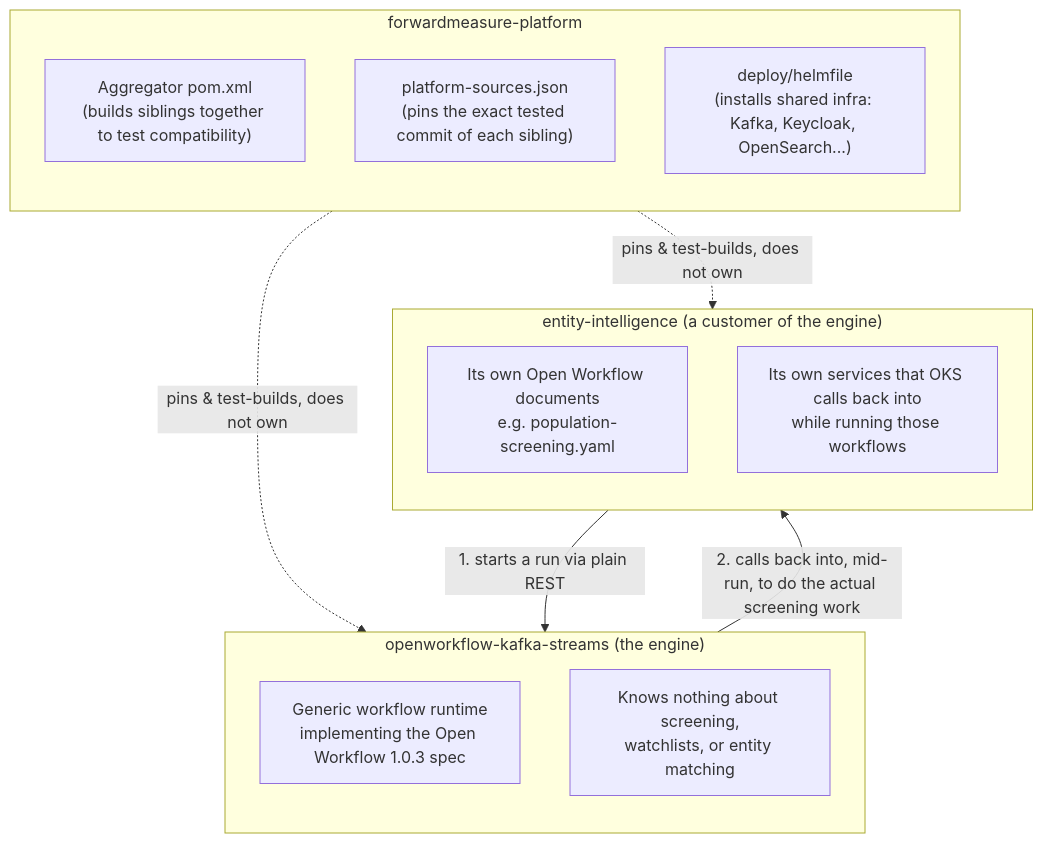
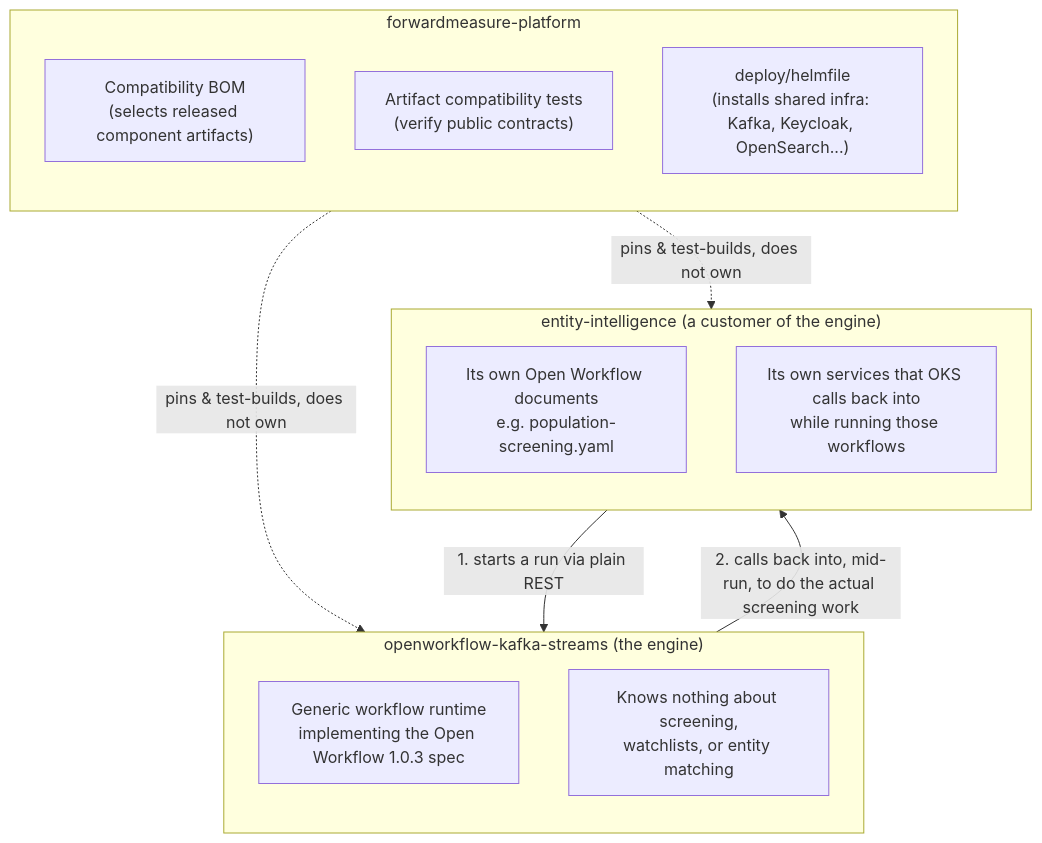
One commit to forwardmeasure/forwardmeasure-platform changed the first of 3 diagrams in docs/platform-architecture-explained.md. Above: the diagram before and after it, drawn with Mermaid. The commit also changed other lines of this file and 95 other files, not shown here.

````diff
--- a/docs/platform-architecture-explained.md
+++ b/docs/platform-architecture-explained.md
@@ -29,26 +36,26 @@
 ```mermaid
 flowchart TB
     subgraph platform["forwardmeasure-platform"]
         direction TB
-        P1["Aggregator pom.xml<br/>(builds siblings together to test compatibility)"]
-        P2["platform-sources.json<br/>(pins the exact tested commit of each sibling)"]
+        P1["Compatibility BOM<br/>(selects released component artifacts)"]
+        P2["Artifact compatibility tests<br/>(verify public contracts)"]
         P3["deploy/helmfile<br/>(installs shared infra: Kafka, Keycloak, OpenSearch...)"]
     end
 
     subgraph oks["openworkflow-kafka-streams (the engine)"]
         direction TB
         O1["Generic workflow runtime<br/>implementing the Open Workflow 1.0.3 spec"]
         O2["Knows nothing about screening,<br/>watchlists, or entity matching"]
     end
 
     subgraph ei["entity-intelligence (a customer of the engine)"]
         direction TB
         E1["Its own Open Workflow documents<br/>e.g. population-screening.yaml"]
         E2["Its own services that OKS calls back into<br/>while running those workflows"]
     end
 
     platform -. "pins & test-builds, does not own" .-> oks
     platform -. "pins & test-builds, does not own" .-> ei
     ei -- "1. starts a run via plain REST" --> oks
     oks -- "2. calls back into, mid-run, to do the actual screening work" --> ei
 ```
````
